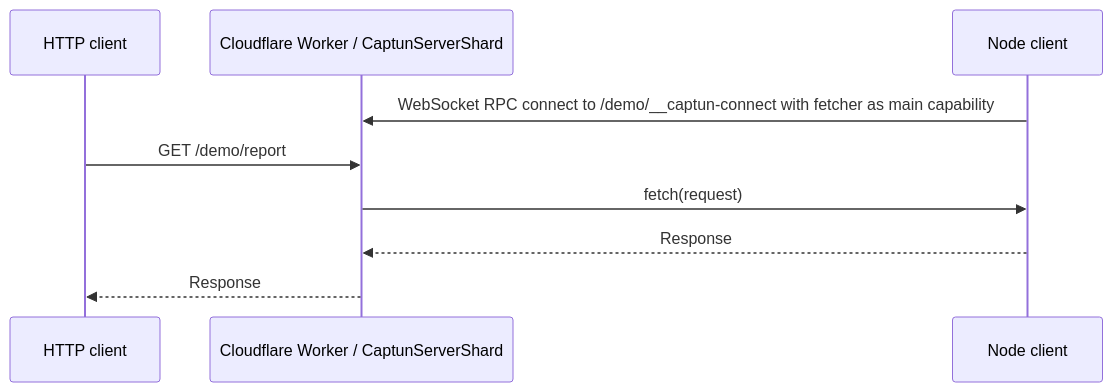
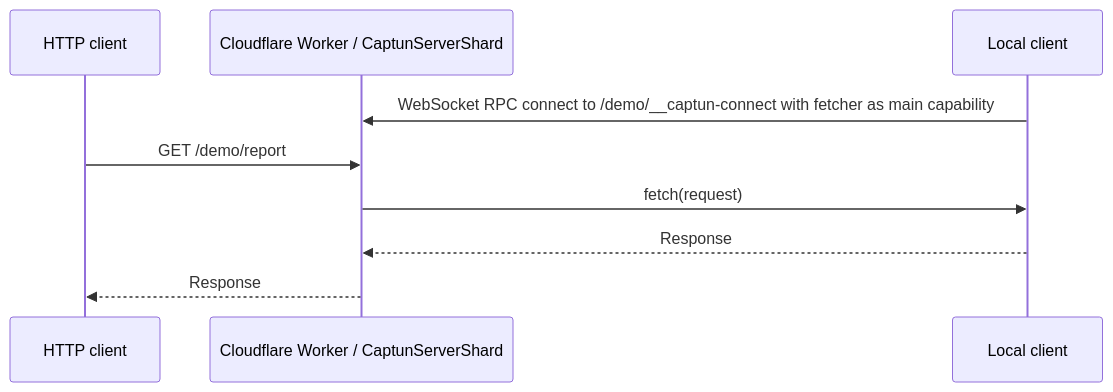
Before and after one commit to iterate/capnweb-tunnel: the diagram in README.md, drawn with Mermaid. The commit also changed other lines of this file and 21 other files, not shown here.

````diff
--- a/README.md
+++ b/README.md
@@ -193,12 +199,12 @@
 ```mermaid
 sequenceDiagram
   participant HTTP as HTTP client
   participant Server as Cloudflare Worker / CaptunServerShard
-  participant Client as Node client
+  participant Client as Local client
 
   Client->>Server: WebSocket RPC connect to /demo/__captun-connect with fetcher as main capability
   HTTP->>Server: GET /demo/report
   Server->>Client: fetch(request)
   Client-->>Server: Response
   Server-->>HTTP: Response
 ```
````
